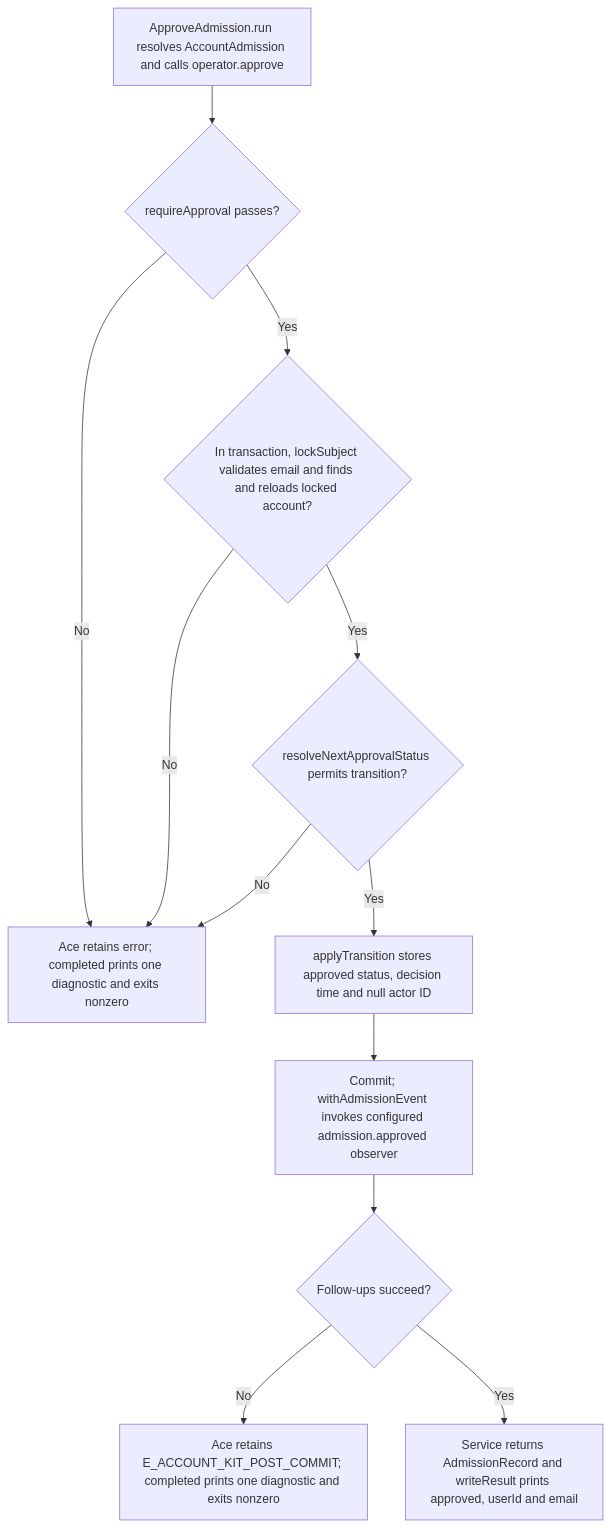
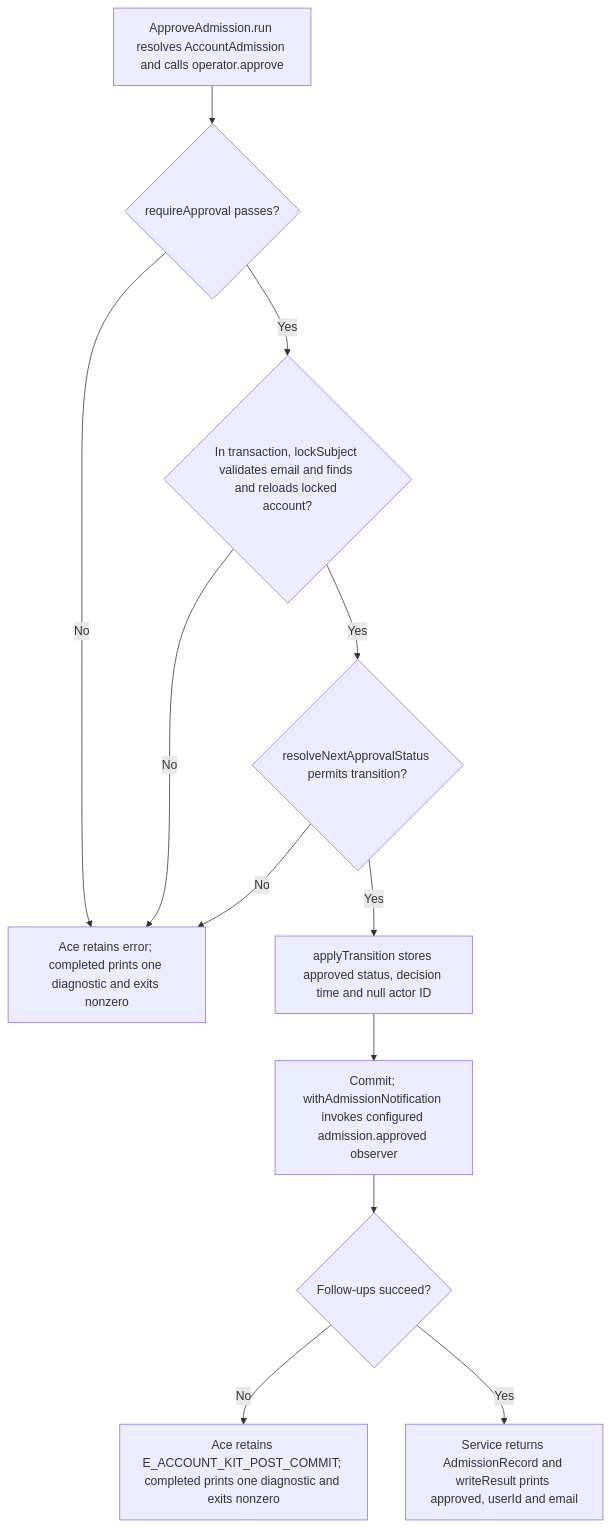
One commit to Kevinjohn/oss-adonisjs-account-kit changed the second of 2 diagrams in user-stories/US-ACCOUNT-49-approve-admission-as-operator.md. Above: the diagram before and after it, drawn with Mermaid. The commit also changed 16 other files, not shown here.

````diff
--- a/user-stories/US-ACCOUNT-49-approve-admission-as-operator.md
+++ b/user-stories/US-ACCOUNT-49-approve-admission-as-operator.md
@@ -34,14 +34,14 @@
 ```mermaid
 flowchart TD
  A["ApproveAdmission.run resolves AccountAdmission and calls operator.approve"] --> B{"requireApproval passes?"}
  B -->|No| X["Ace retains error; completed prints one diagnostic and exits nonzero"]
  B -->|Yes| C{"In transaction, lockSubject validates email and finds and reloads locked account?"}
  C -->|No| X
  C -->|Yes| D{"resolveNextApprovalStatus permits transition?"}
  D -->|No| X
  D -->|Yes| E["applyTransition stores approved status, decision time and null actor ID"]
- E --> F["Commit; withAdmissionEvent invokes configured admission.approved observer"]
+ E --> F["Commit; withAdmissionNotification invokes configured admission.approved observer"]
  F --> G{"Follow-ups succeed?"}
  G -->|No| H["Ace retains E_ACCOUNT_KIT_POST_COMMIT; completed prints one diagnostic and exits nonzero"]
  G -->|Yes| I["Service returns AdmissionRecord and writeResult prints approved, userId and email"]
 ```
````
